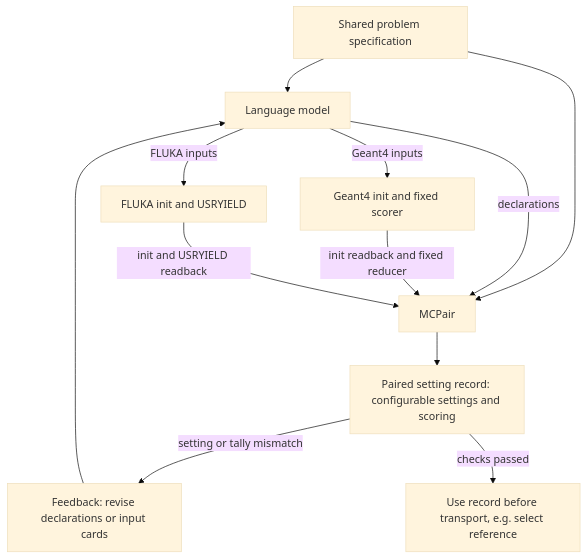
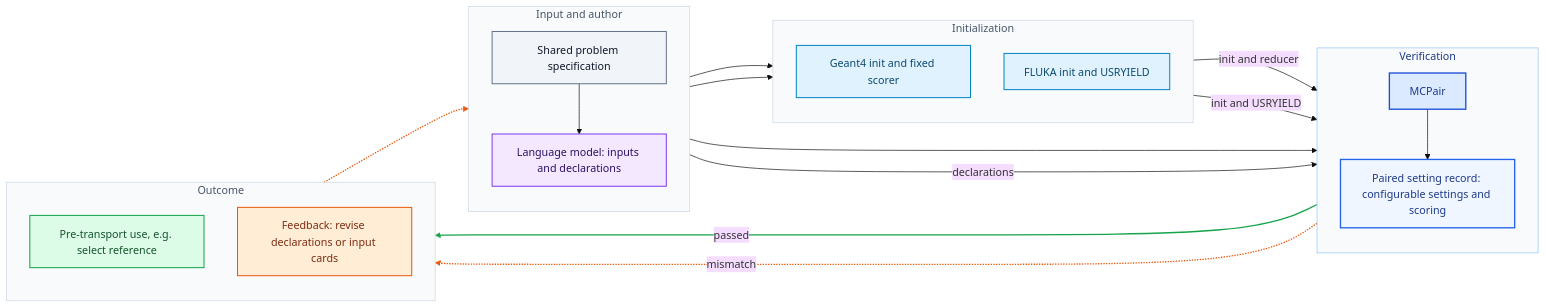
Before and after one commit to chonngyi/mcpair: the diagram in README.md, drawn with Mermaid (base theme).

Commit message:
Switch README workflow diagram to 2D colored Mermaid layout

````diff
--- a/README.md
+++ b/README.md
@@ -7,14 +7,46 @@
 ```mermaid
-flowchart TD
-    Spec["Shared problem specification"] --> LLM["Language model"]
-    Spec --> Check["MCPair"]
-    LLM -->|Geant4 inputs| G4["Geant4 init and fixed scorer"]
-    LLM -->|FLUKA inputs| FL["FLUKA init and USRYIELD"]
+flowchart LR
+    subgraph Inputs["Input and author"]
+        direction TB
+        Spec["Shared problem specification"]:::spec --> LLM["Language model: inputs and declarations"]:::llm
+    end
+    subgraph Codes["Initialization"]
+        direction TB
+        G4["Geant4 init and fixed scorer"]:::code
+        FL["FLUKA init and USRYIELD"]:::code
+    end
+    subgraph Verify["Verification"]
+        direction TB
+        Check["MCPair"]:::kernel --> Rec["Paired setting record: configurable settings and scoring"]:::record
+    end
+    subgraph Decision["Outcome"]
+        direction TB
+        Ref["Pre-transport use, e.g. select reference"]:::pass
+        FB["Feedback: revise declarations or input cards"]:::feedback
+    end
+
+    LLM --> G4
+    LLM --> FL
+    Spec --> Check
     LLM -->|declarations| Check
-    G4 -->|init readback and fixed reducer| Check
-    FL -->|init and USRYIELD readback| Check
-    Check --> Rec["Paired setting record: configurable settings and scoring"]
-    Rec -->|setting or tally mismatch| FB["Feedback: revise declarations or input cards"]
-    FB --> LLM
-    Rec -->|checks passed| Ref["Use record before transport, e.g. select reference"]
+    G4 -->|init and reducer| Check
+    FL -->|init and USRYIELD| Check
+    Rec -->|passed| Ref
+    Rec -.->|mismatch| FB
+    FB -.-> LLM
+
+    classDef spec fill:#F1F5F9,stroke:#64748B,color:#0F172A,stroke-width:1.5px
+    classDef llm fill:#F3E8FF,stroke:#7C3AED,color:#2E1065,stroke-width:1.5px
+    classDef code fill:#E0F2FE,stroke:#0284C7,color:#0C4A6E,stroke-width:1.5px
+    classDef kernel fill:#DBEAFE,stroke:#1D4ED8,color:#1E3A8A,stroke-width:2px
+    classDef record fill:#EFF6FF,stroke:#2563EB,color:#1E3A8A,stroke-width:2px
+    classDef feedback fill:#FFEDD5,stroke:#EA580C,color:#7C2D12,stroke-width:1.5px
+    classDef pass fill:#DCFCE7,stroke:#16A34A,color:#14532D,stroke-width:1.5px
+    style Inputs fill:#F8FAFC,stroke:#CBD5E1,color:#475569
+    style Codes fill:#F8FAFC,stroke:#CBD5E1,color:#475569
+    style Verify fill:#F8FAFC,stroke:#93C5FD,color:#1E3A8A
+    style Decision fill:#F8FAFC,stroke:#CBD5E1,color:#475569
+
+    linkStyle 8 stroke:#16A34A,stroke-width:2px
+    linkStyle 9,10 stroke:#EA580C,stroke-width:2px
 ```
````
